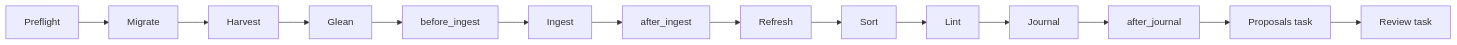
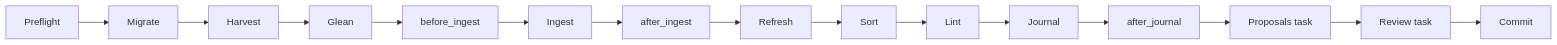
One commit to Kolibee-GmbH/m2b changed the diagram in docs/curation.md. Above: the diagram before and after it, drawn with Mermaid. The commit also changed other lines of this file and 20 other files, not shown here.

````diff
--- a/docs/curation.md
+++ b/docs/curation.md
@@ -18,4 +18,4 @@
 ```mermaid
 flowchart LR
-  pre[Preflight] --> migrate[Migrate] --> harvest[Harvest] --> glean[Glean] --> before[before_ingest] --> ingest[Ingest] --> afteri[after_ingest] --> refresh[Refresh] --> sort[Sort] --> lint[Lint] --> journal[Journal] --> after[after_journal] --> proposals[Proposals task] --> review[Review task]
+  pre[Preflight] --> migrate[Migrate] --> harvest[Harvest] --> glean[Glean] --> before[before_ingest] --> ingest[Ingest] --> afteri[after_ingest] --> refresh[Refresh] --> sort[Sort] --> lint[Lint] --> journal[Journal] --> after[after_journal] --> proposals[Proposals task] --> review[Review task] --> commit[Commit]
 ```
````
